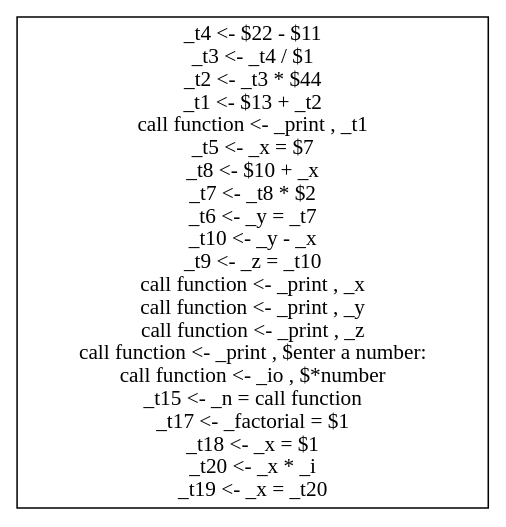
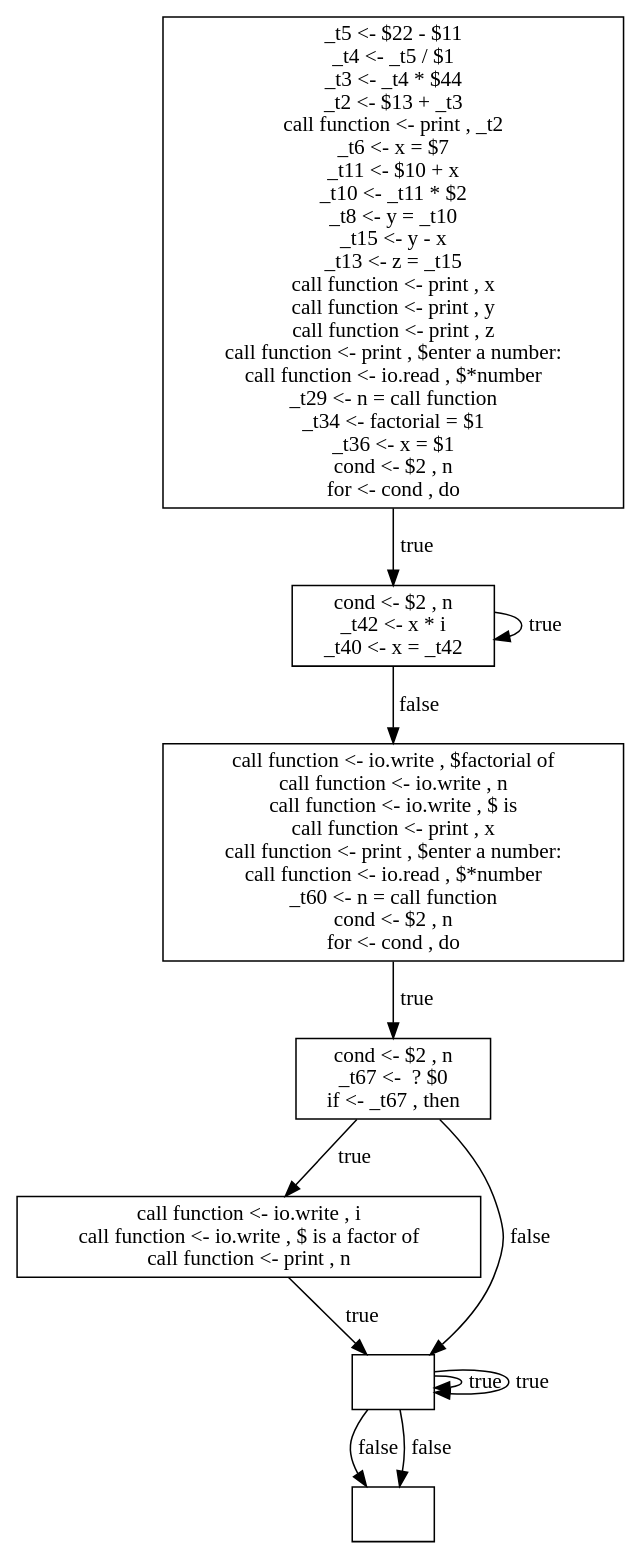
One commit to Eki474/ass2-compiler changed the diagram in ass2-comp/cfg.dot. Above: the diagram before and after it, drawn with Graphviz. The commit also changed 112 other files, not shown here.

Commit message:
control flow graph ok, TODO: loop within loop is buggy

```diff
--- a/ass2-comp/cfg.dot
+++ b/ass2-comp/cfg.dot
@@ -1,24 +1,61 @@
 digraph{
-blk0[label="_t4 <- $22 - $11
-_t3 <- _t4 / $1
-_t2 <- _t3 * $44
-_t1 <- $13 + _t2
-call function <- _print , _t1
-_t5 <- _x = $7
-_t8 <- $10 + _x
-_t7 <- _t8 * $2
-_t6 <- _y = _t7
-_t10 <- _y - _x
-_t9 <- _z = _t10
-call function <- _print , _x
-call function <- _print , _y
-call function <- _print , _z
-call function <- _print , $enter a number:
-call function <- _io , $*number
-_t15 <- _n = call function
-_t17 <- _factorial = $1
-_t18 <- _x = $1
-_t20 <- _x * _i
-_t19 <- _x = _t20
+blk0[label="_t5 <- $22 - $11
+_t4 <- _t5 / $1
+_t3 <- _t4 * $44
+_t2 <- $13 + _t3
+call function <- print , _t2
+_t6 <- x = $7
+_t11 <- $10 + x
+_t10 <- _t11 * $2
+_t8 <- y = _t10
+_t15 <- y - x
+_t13 <- z = _t15
+call function <- print , x
+call function <- print , y
+call function <- print , z
+call function <- print , $enter a number:
+call function <- io.read , $*number
+_t29 <- n = call function
+_t34 <- factorial = $1
+_t36 <- x = $1
+cond <- $2 , n
+for <- cond , do
 ",shape="rect"];
+blk0 -> blk1 [label="true"];
+blk1[label="cond <- $2 , n
+_t42 <- x * i
+_t40 <- x = _t42
+",shape="rect"];
+blk1 -> blk1 [label="true"];
+blk1 -> blk2 [label="false"];
+blk2[label="call function <- io.write , $factorial of 
+call function <- io.write , n
+call function <- io.write , $ is 
+call function <- print , x
+call function <- print , $enter a number:
+call function <- io.read , $*number
+_t60 <- n = call function
+cond <- $2 , n
+for <- cond , do
+",shape="rect"];
+blk2 -> blk3 [label="true"];
+blk3[label="cond <- $2 , n
+_t67 <-  ? $0
+if <- _t67 , then
+",shape="rect"];
+blk3 -> blk5 [label="true"];
+blk3 -> blk8 [label="false"];
+blk5[label="call function <- io.write , i
+call function <- io.write , $ is a factor of 
+call function <- print , n
+",shape="rect"];
+blk5 -> blk8 [label="true"];
+blk8[label="",shape="rect"];
+blk8 -> blk8 [label="true"];
+blk8 -> blk4 [label="false"];
+blk4[label="",shape="rect"];
+blk8[label="",shape="rect"];
+blk8 -> blk8 [label="true"];
+blk8 -> blk4 [label="false"];
+blk4[label="",shape="rect"];
 }
```
